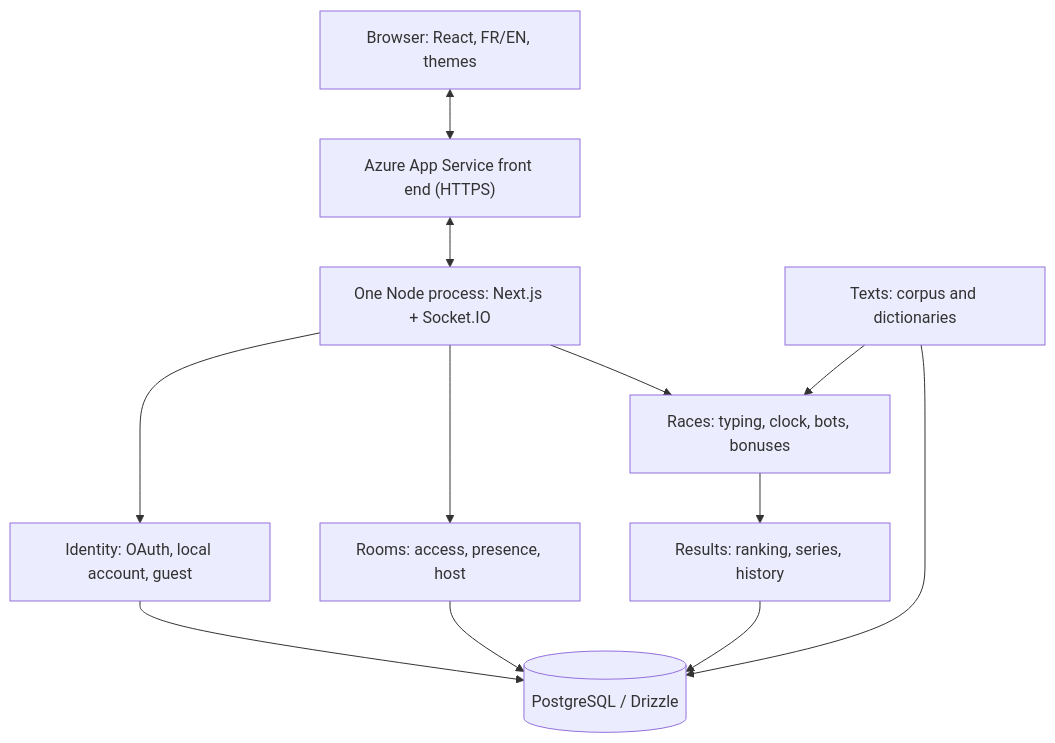
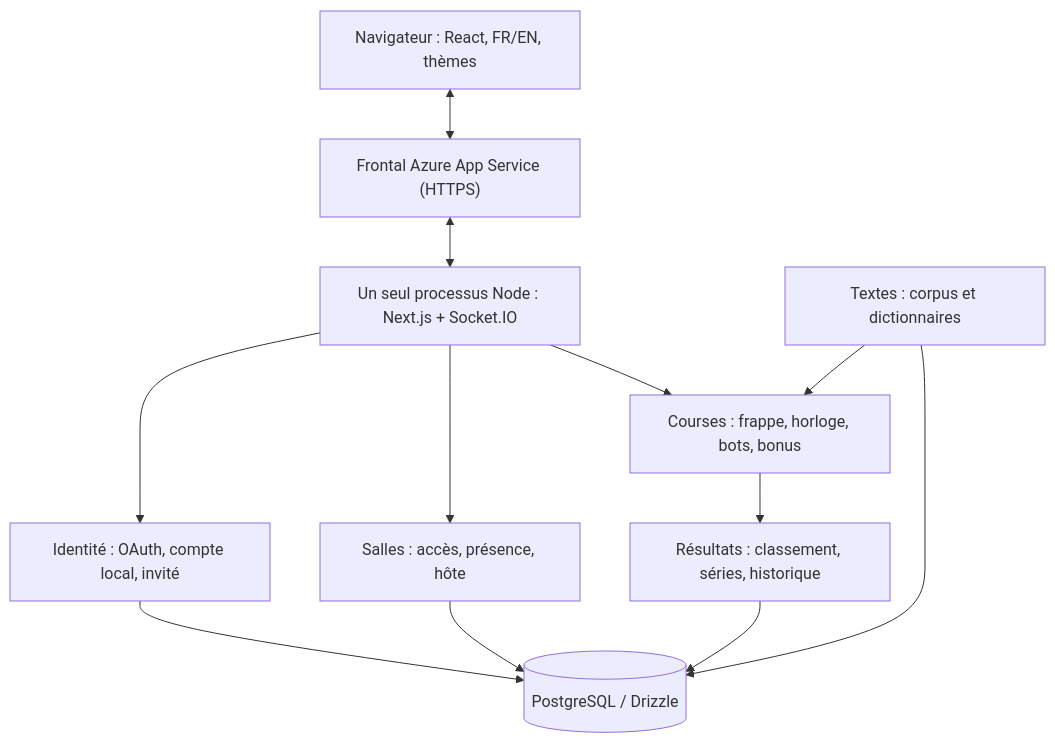
One commit to PhilJordan18/incision changed the first of 4 diagrams in docs/ARCHITECTURE.md. Above: the diagram before and after it, drawn with Mermaid. The commit also changed other lines of this file and 8 other files, not shown here.

````diff
--- a/docs/ARCHITECTURE.md
+++ b/docs/ARCHITECTURE.md
@@ -13,23 +13,23 @@
 ```mermaid
 flowchart TB
-  Browser["Browser: React, FR/EN, themes"]
-  TLS["Azure App Service front end (HTTPS)"]
-  Web["One Node process: Next.js + Socket.IO"]
-  Identity["Identity: OAuth, local account, guest"]
-  Rooms["Rooms: access, presence, host"]
-  Racing["Races: typing, clock, bots, bonuses"]
-  Content["Texts: corpus and dictionaries"]
-  Results["Results: ranking, series, history"]
+  Browser["Navigateur : React, FR/EN, thèmes"]
+  TLS["Frontal Azure App Service (HTTPS)"]
+  Web["Un seul processus Node : Next.js + Socket.IO"]
+  Identity["Identité : OAuth, compte local, invité"]
+  Rooms["Salles : accès, présence, hôte"]
+  Racing["Courses : frappe, horloge, bots, bonus"]
+  Content["Textes : corpus et dictionnaires"]
+  Results["Résultats : classement, séries, historique"]
   DB[("PostgreSQL / Drizzle")]
   Browser <--> TLS
   TLS <--> Web
   Web --> Identity
   Web --> Rooms
   Web --> Racing
   Content --> Racing
   Racing --> Results
   Identity --> DB
   Rooms --> DB
   Content --> DB
   Results --> DB
 ```
````
